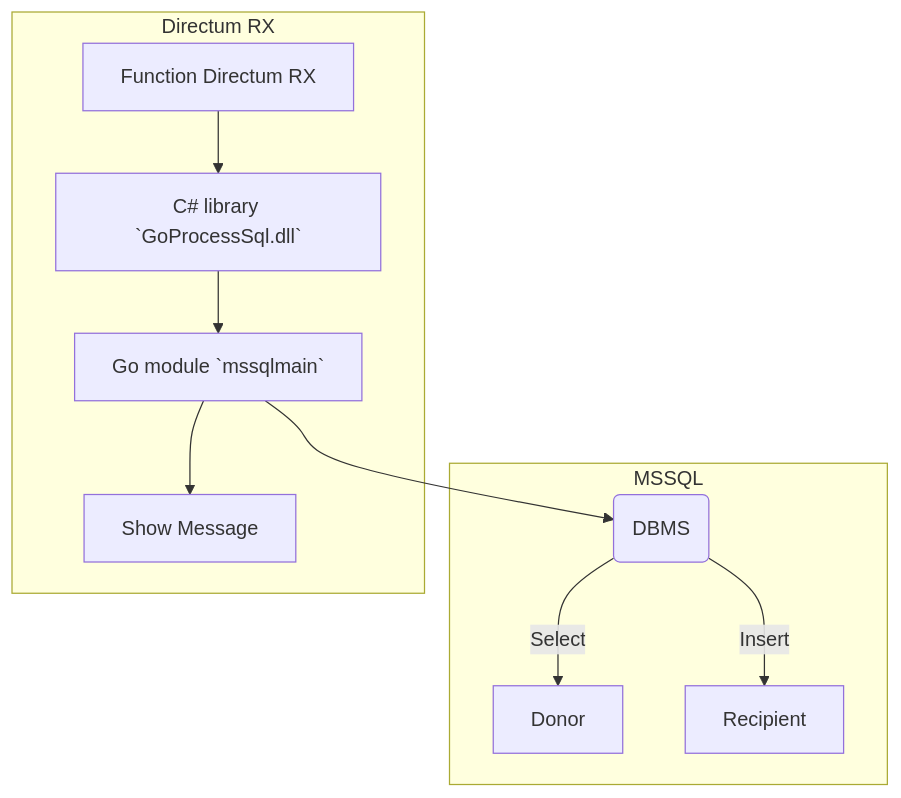
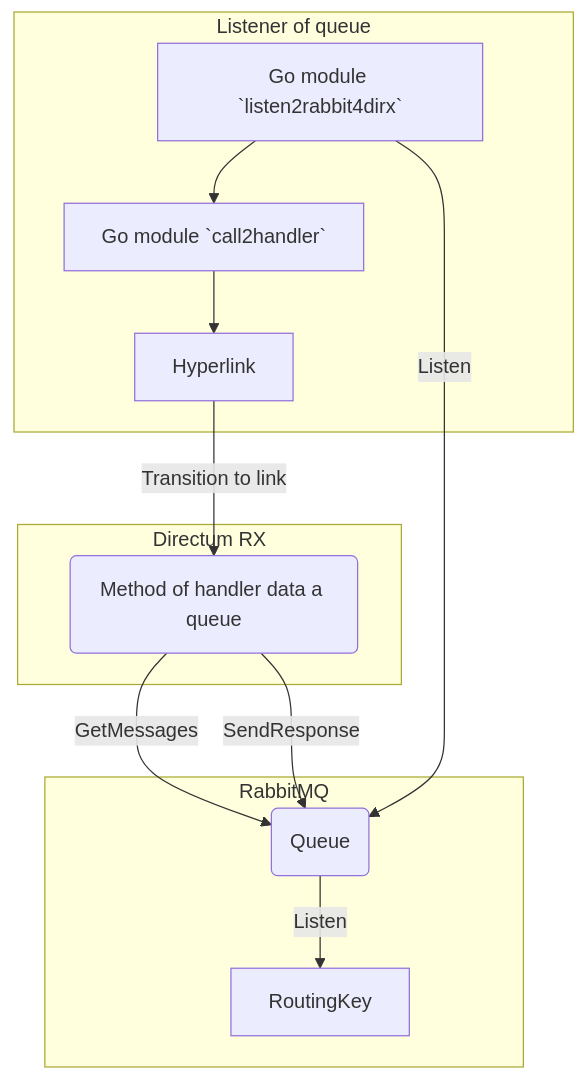
One commit to blablatov/listen2rabbit4dirx changed the diagram in README.md. Above: the diagram before and after it, drawn with Mermaid. The commit also changed other lines of this file, not shown here.

Commit message:
Listener to data of queue Rabbit for DirectumRX

````diff
--- a/README.md
+++ b/README.md
@@ -19,16 +19,23 @@
 ```mermaid
 graph TB
 
-  SubGraph1 --> SubGraph1Flow
-  subgraph "MSSQL"
-  SubGraph1Flow(DBMS)
-  SubGraph1Flow -- Select --> Donor
-  SubGraph1Flow -- Insert --> Recipient
+  SubGraph1Flow
+  subgraph "RabbitMQ"
+  SubGraph1Flow(Queue)
+  SubGraph1Flow -- Listen --> RoutingKey
+
+  end
+ 
+  SubGraph2
+  subgraph "Directum RX"
+  SubGraph2Flow(Method of handler data a queue)
+  SubGraph2Flow -- GetMessages --> SubGraph1Flow
+  SubGraph2Flow -- SendResponse --> SubGraph1Flow
   end
 
-  subgraph "Directum RX"
-  Node1[Function Directum RX] --> Node2[C# library `GoProcessSql.dll`]
-  Node2 --> SubGraph1[Go module `mssqlmain`]
-  SubGraph1 --> FinalThing[Show Message]
+  subgraph "Listener of queue"
+  Node1[Go module `listen2rabbit4dirx`] -- Listen --> SubGraph1Flow
+  Node1 --> Node2[Go module `call2handler`] --> SubGraph2[Hyperlink] -- Transition to link --> SubGraph2Flow  
+
 end
 ```  
````
